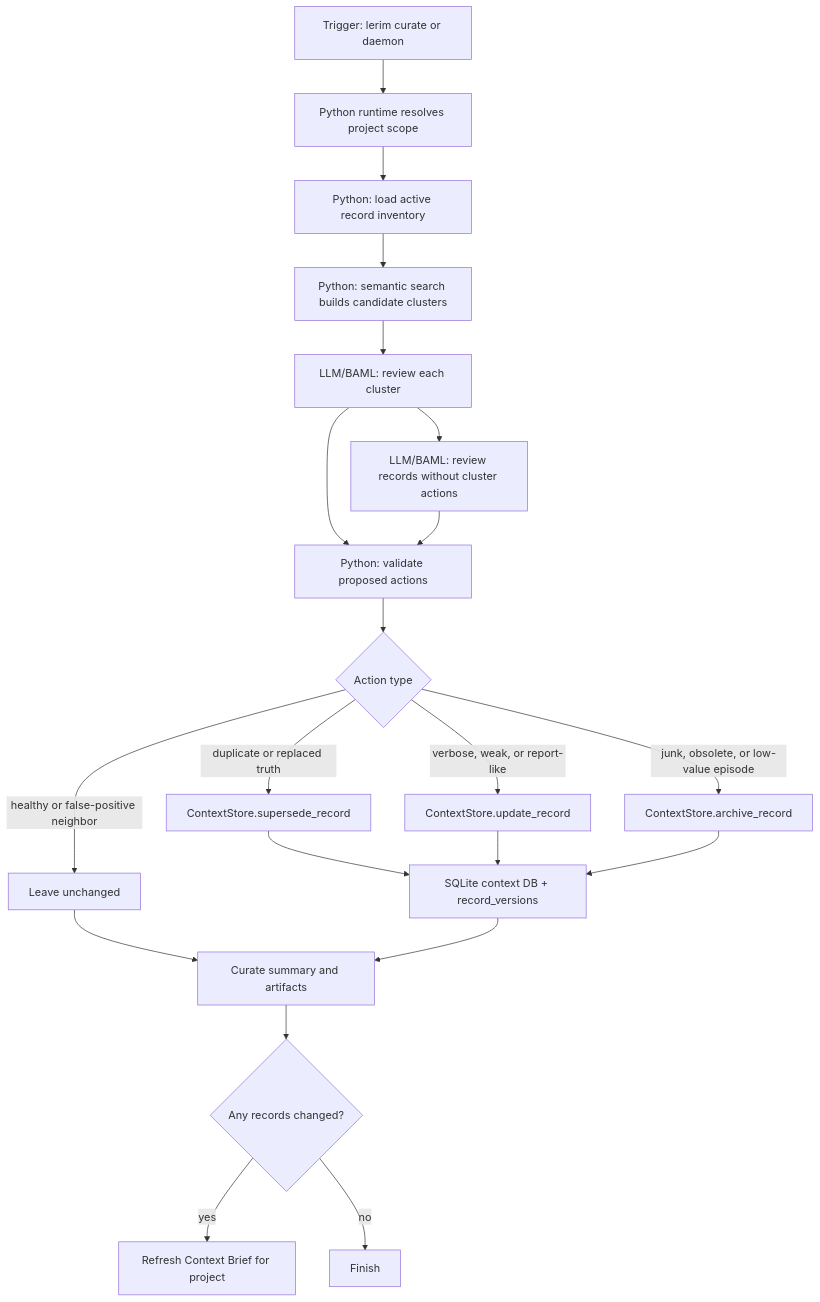
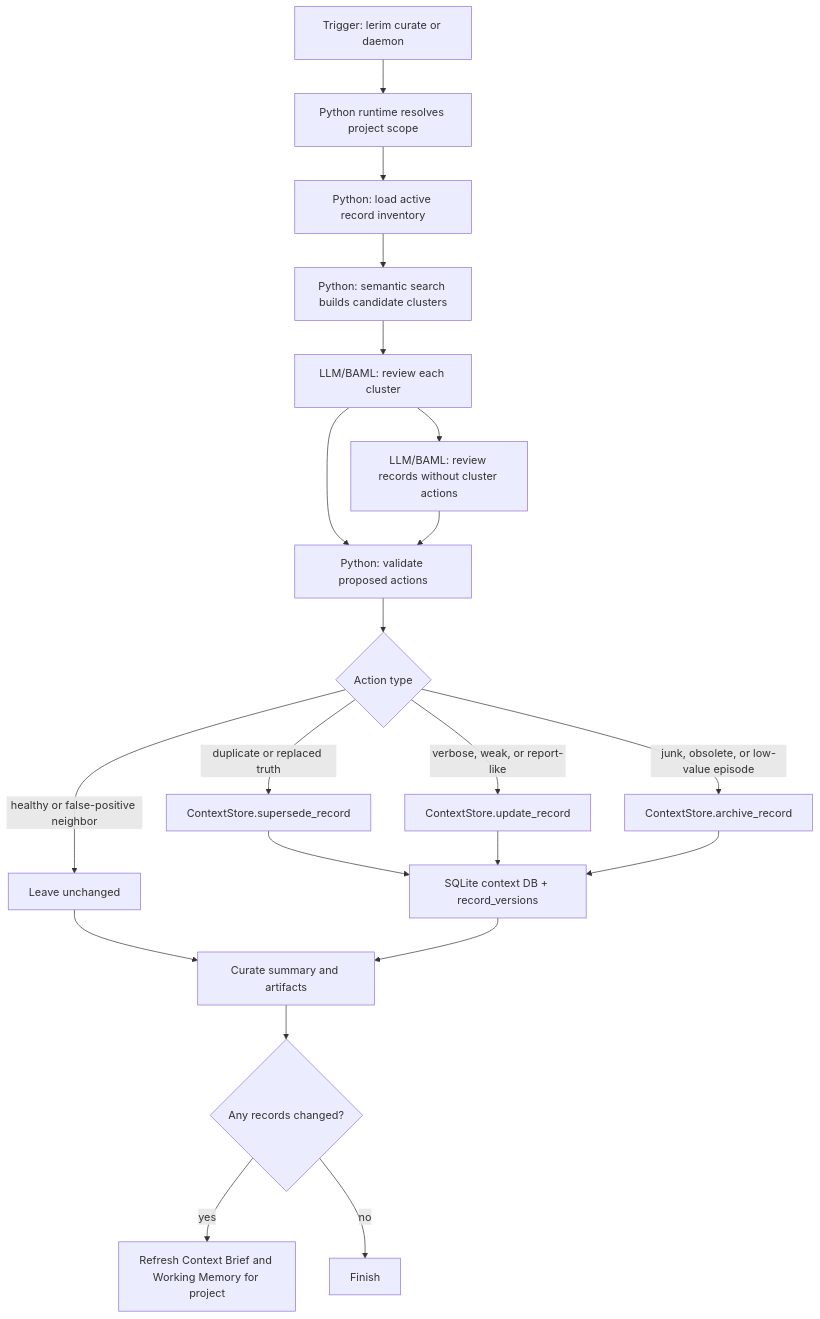
Before and after one commit to nablo-io/lerim: the diagram in docs/cli/curate.md, drawn with Mermaid. The commit also changed 53 other files, not shown here.

Commit message:
feat: add working memory dashboard and graph UX

````diff
--- a/docs/cli/curate.md
+++ b/docs/cli/curate.md
@@ -25,27 +25,27 @@
 ```mermaid
 flowchart TD
     A["Trigger: lerim curate or daemon"] --> B["Python runtime resolves project scope"]
 
     B --> C["Python: load active record inventory"]
     C --> D["Python: semantic search builds candidate clusters"]
     D --> E["LLM/BAML: review each cluster"]
     E --> F["LLM/BAML: review records without cluster actions"]
 
     E --> G["Python: validate proposed actions"]
     F --> G
     G --> H{"Action type"}
     H -- "duplicate or replaced truth" --> I["ContextStore.supersede_record"]
     H -- "verbose, weak, or report-like" --> J["ContextStore.update_record"]
     H -- "junk, obsolete, or low-value episode" --> K["ContextStore.archive_record"]
     H -- "healthy or false-positive neighbor" --> L["Leave unchanged"]
 
     I --> M["SQLite context DB + record_versions"]
     J --> M
     K --> M
     L --> N["Curate summary and artifacts"]
     M --> N
 
     N --> O{"Any records changed?"}
-    O -- "yes" --> P["Refresh Context Brief for project"]
+    O -- "yes" --> P["Refresh Context Brief and Working Memory for project"]
     O -- "no" --> Q["Finish"]
 ```
````
